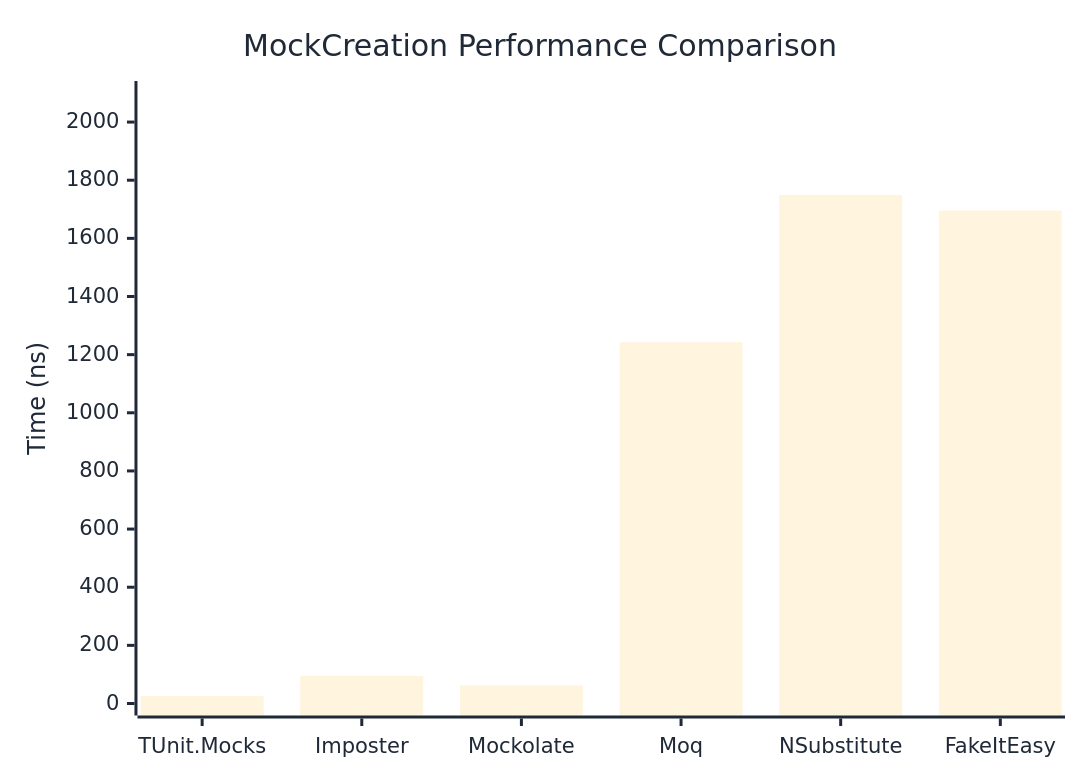
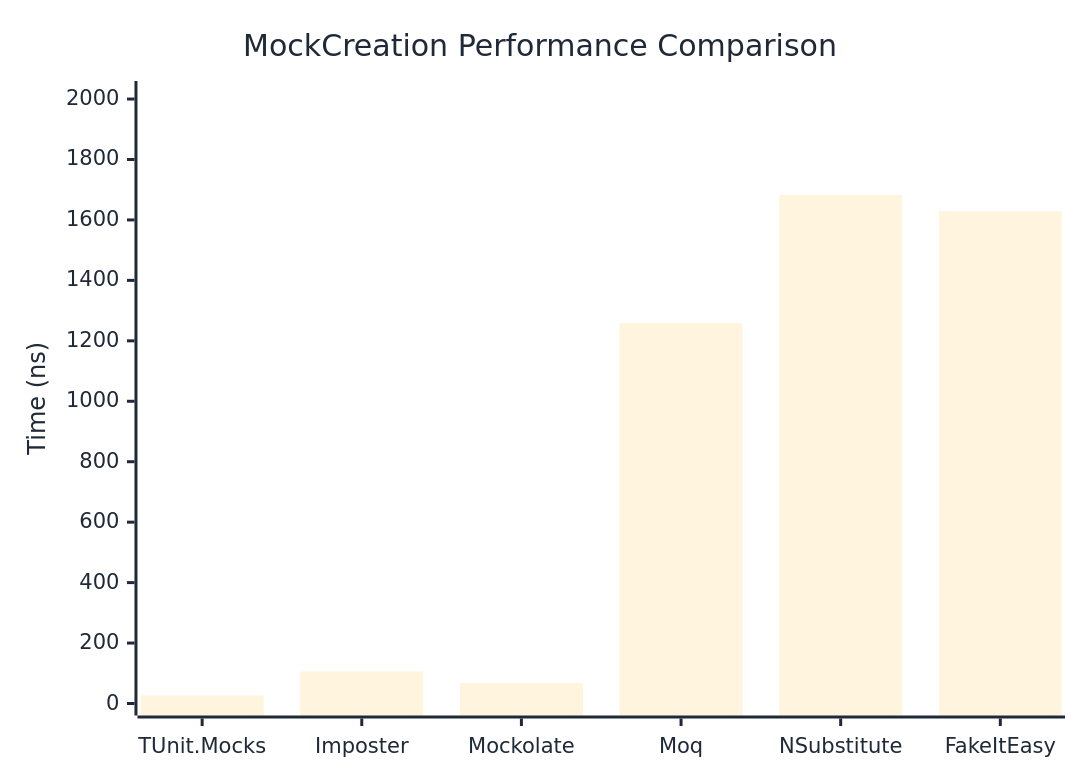
Before and after one commit to thomhurst/TUnit: the first of 2 diagrams in docs/docs/benchmarks/mocks/MockCreation.md, drawn with Mermaid. The commit also changed other lines of this file and 14 other files, not shown here.

````diff
--- a/docs/docs/benchmarks/mocks/MockCreation.md
+++ b/docs/docs/benchmarks/mocks/MockCreation.md
@@ -28,27 +28,27 @@
 ```mermaid
 %%{init: {
   'theme':'base',
   'themeVariables': {
     'primaryColor': '#2563eb',
     'primaryTextColor': '#1f2937',
     'primaryBorderColor': '#1e40af',
     'lineColor': '#6b7280',
     'secondaryColor': '#7c3aed',
     'tertiaryColor': '#dc2626',
     'background': '#ffffff',
     'pie1': '#2563eb',
     'pie2': '#7c3aed',
     'pie3': '#dc2626',
     'pie4': '#f59e0b',
     'pie5': '#10b981',
     'pie6': '#06b6d4',
     'pie7': '#ec4899',
     'pie8': '#6366f1'
   }
 }}%%
 xychart-beta
   title "MockCreation Performance Comparison"
   x-axis ["TUnit.Mocks", "Imposter", "Mockolate", "Moq", "NSubstitute", "FakeItEasy"]
-  y-axis "Time (ns)" 0 --> 2100
-  bar [26.01, 95.42, 62.16, 1242.67, 1749.29, 1695.6]
+  y-axis "Time (ns)" 0 --> 2020
+  bar [27.12, 106.37, 67.95, 1258.65, 1683.01, 1628.57]
 ```
````
